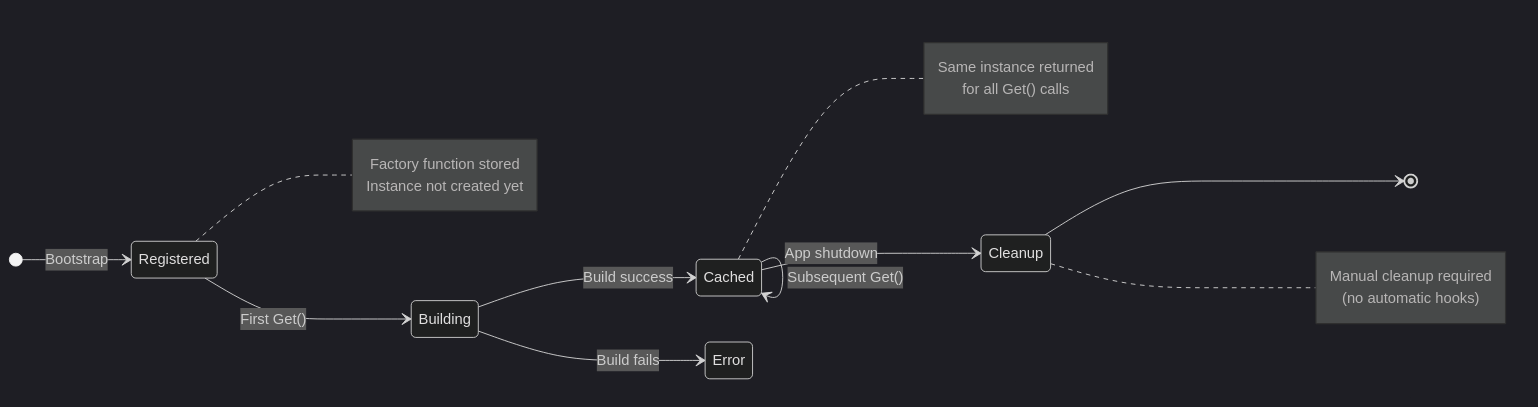
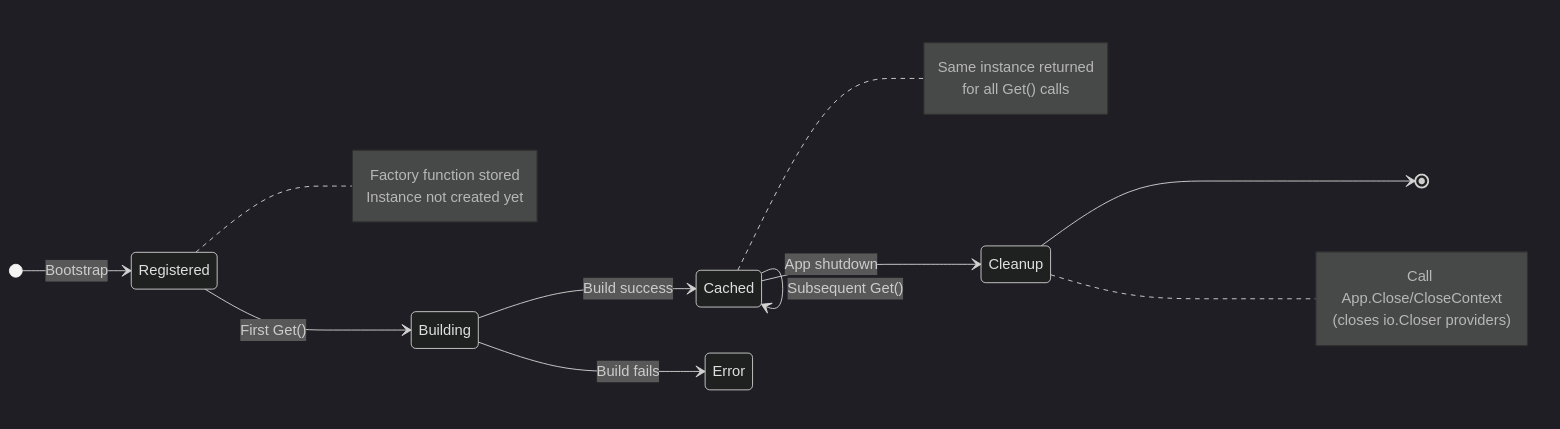
One commit to aryeko/modkit changed the diagram in docs/guides/lifecycle.md. Above: the diagram before and after it, drawn with Mermaid (dark theme). The commit also changed other lines of this file and 8 other files, not shown here.

````diff
--- a/docs/guides/lifecycle.md
+++ b/docs/guides/lifecycle.md
@@ -13,27 +13,27 @@
 ```mermaid
 stateDiagram-v2
     direction LR
     
     [*] --> Registered: Bootstrap
     Registered --> Building: First Get()
     Building --> Cached: Build success
     Building --> Error: Build fails
     Cached --> Cached: Subsequent Get()
     Cached --> Cleanup: App shutdown
     Cleanup --> [*]
     
     note right of Registered
         Factory function stored
         Instance not created yet
     end note
     
     note right of Cached
         Same instance returned
         for all Get() calls
     end note
     
     note right of Cleanup
-        Manual cleanup required
-        (no automatic hooks)
+        Call App.Close/CloseContext
+        (closes io.Closer providers)
     end note
 ```
````
